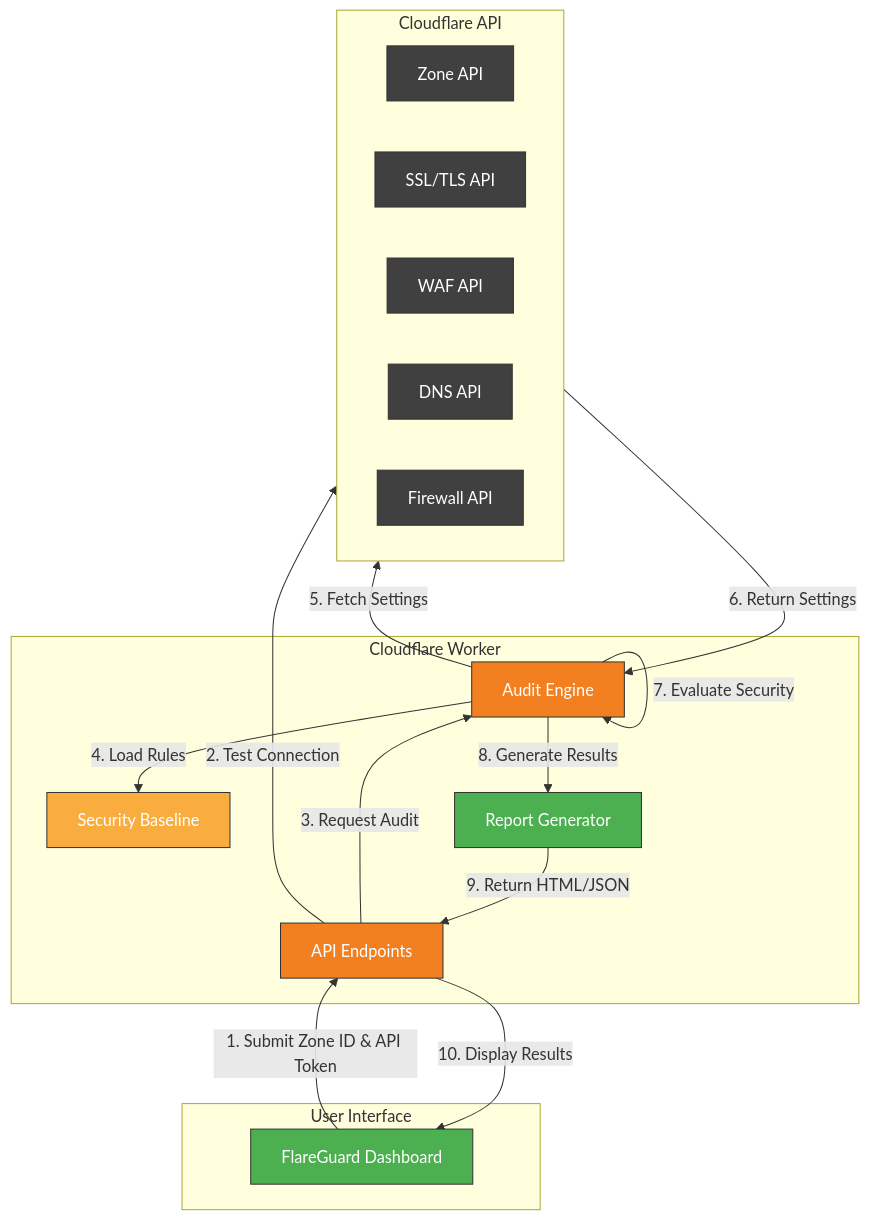
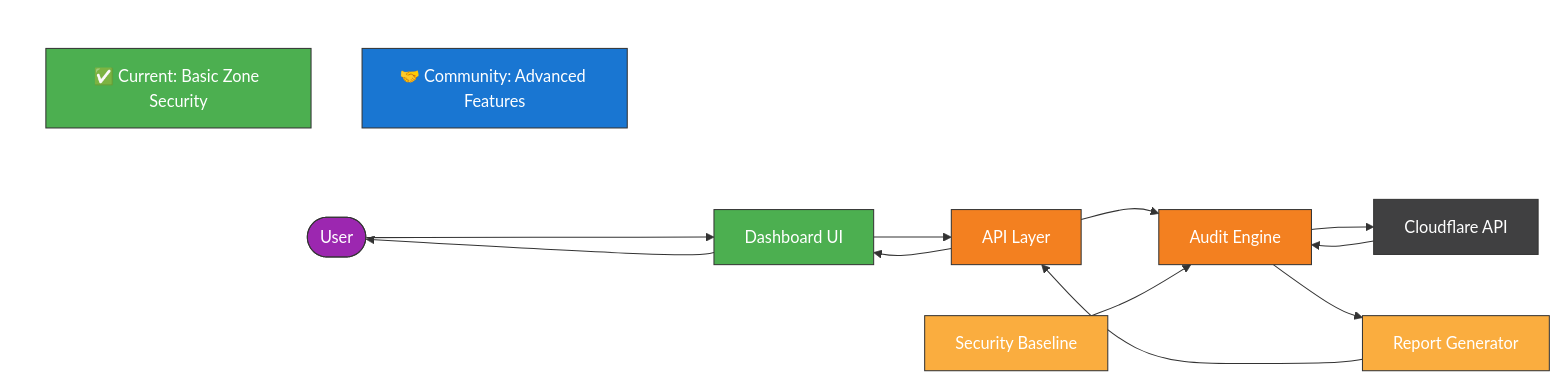
Before and after one commit to harshadk99/flareguard: the diagram in README.md, drawn with Mermaid. The commit also changed other lines of this file and 14 other files, not shown here.

````diff
--- a/README.md
+++ b/README.md
@@ -34,42 +92,41 @@
 ```mermaid
-flowchart TB
-    subgraph User["User Interface"]
-        Dashboard["FlareGuard Dashboard"]
+flowchart LR
+    %% Main components
+    User([User])
+    Dashboard["Dashboard UI"]
+    API["API Layer"]
+    Audit["Audit Engine"]
+    Baseline["Security Baseline"]
+    Report["Report Generator"]
+    CloudflareAPI["Cloudflare API"]
+    
+    %% Clean flow
+    User --> Dashboard --> API --> Audit
+    Baseline --> Audit
+    Audit --> CloudflareAPI
+    CloudflareAPI --> Audit
+    Audit --> Report --> API --> Dashboard --> User
+    
+    %% Legend with clearer status
+    subgraph Legend[" "]
+        Current["✅ Current: Basic Zone Security"]:::current
+        Future["🤝 Community: Advanced Features"]:::future
     end
     
-    subgraph Worker["Cloudflare Worker"]
-        API["API Endpoints"]
-        Audit["Audit Engine"]
-        Baseline["Security Baseline"]
-        Report["Report Generator"]
-    end
-    
-    subgraph CloudflareAPI["Cloudflare API"]
-        ZoneAPI["Zone API"]
-        SSLAPI["SSL/TLS API"]
-        WAFAPI["WAF API"]
-        DNSAPI["DNS API"]
-        FirewallAPI["Firewall API"]
-    end
-    
-    Dashboard -->|1. Submit Zone ID & API Token| API
-    API -->|2. Test Connection| CloudflareAPI
-    API -->|3. Request Audit| Audit
-    Audit -->|4. Load Rules| Baseline
-    Audit -->|5. Fetch Settings| CloudflareAPI
-    CloudflareAPI -->|6. Return Settings| Audit
-    Audit -->|7. Evaluate Security| Audit
-    Audit -->|8. Generate Results| Report
-    Report -->|9. Return HTML/JSON| API
-    API -->|10. Display Results| Dashboard
-    
+    %% Styling
     classDef primary fill:#f38020,stroke:#333,stroke-width:1px,color:white;
     classDef secondary fill:#faad3f,stroke:#333,stroke-width:1px,color:white;
     classDef api fill:#404041,stroke:#333,stroke-width:1px,color:white;
     classDef ui fill:#4CAF50,stroke:#333,stroke-width:1px,color:white;
+    classDef user fill:#9C27B0,stroke:#333,stroke-width:1px,color:white;
+    classDef legend fill:none,stroke:none;
+    classDef current fill:#4CAF50,stroke:#333,stroke-width:1px,color:white;
+    classDef future fill:#1976D2,stroke:#333,stroke-width:1px,color:white;
     
-    class Dashboard,Report ui;
+    class Dashboard ui;
     class API,Audit primary;
-    class Baseline secondary;
-    class ZoneAPI,SSLAPI,WAFAPI,DNSAPI,FirewallAPI api;
+    class Baseline,Report secondary;
+    class CloudflareAPI api;
+    class User user;
+    class Legend legend;
 ```
````
